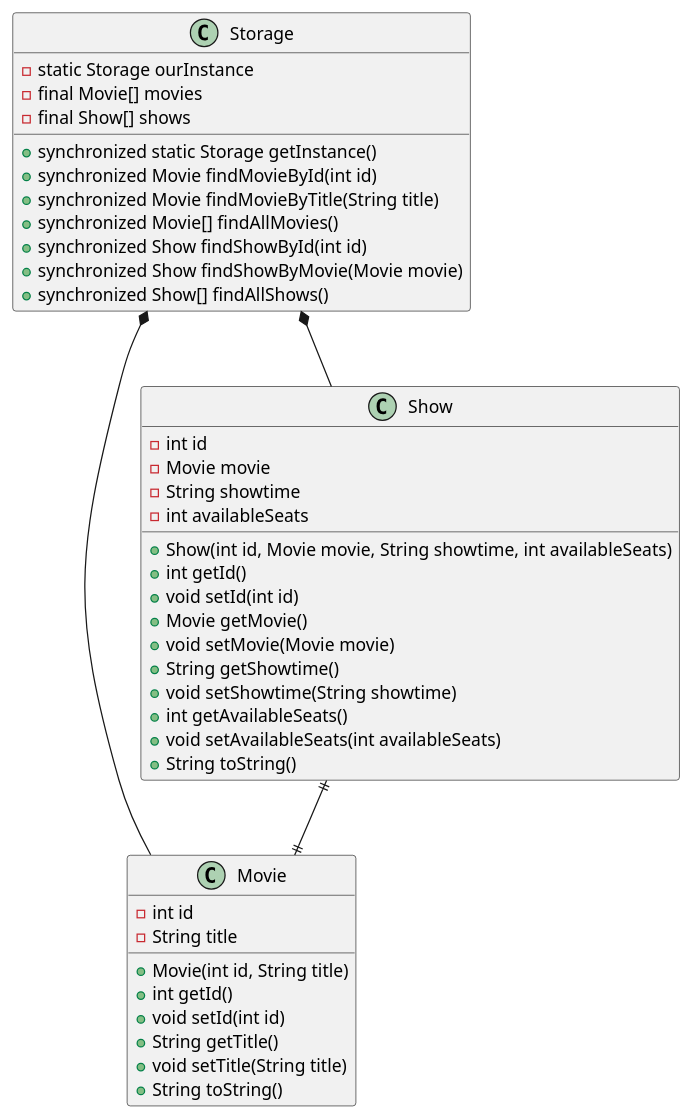
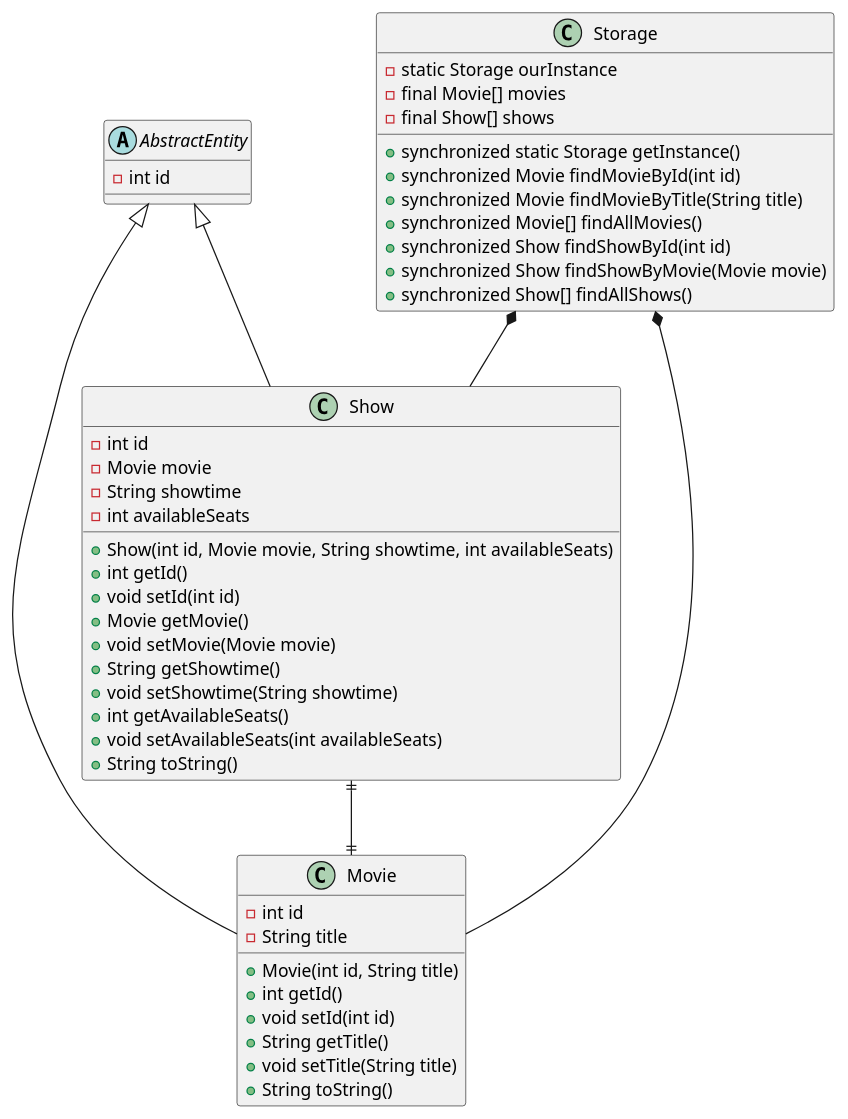
The diagram in src/Class.puml (pogozhevilya/cinema_proj), drawn with PlantUML before and after one commit. The commit also changed 5 other files, not shown here.

```diff
--- a/src/Class.puml
+++ b/src/Class.puml
@@ -1,44 +1,50 @@
 @startuml
+abstract class AbstractEntity {
+    - int id
+}
+
 class Storage {
     - static Storage ourInstance
     - final Movie[] movies
     - final Show[] shows
     + synchronized static Storage getInstance()
     + synchronized Movie findMovieById(int id)
     + synchronized Movie findMovieByTitle(String title)
     + synchronized Movie[] findAllMovies()
     + synchronized Show findShowById(int id)
     + synchronized Show findShowByMovie(Movie movie)
     + synchronized Show[] findAllShows()
 }
 class Movie {
     + Movie(int id, String title)
     - int id
     - String title
     + int getId()
     + void setId(int id)
     + String getTitle()
     + void setTitle(String title)
     + String toString()
 }
 class Show {
     + Show(int id, Movie movie, String showtime, int availableSeats)
     - int id
     - Movie movie
     - String showtime
     - int availableSeats
     + int getId()
     + void setId(int id)
     + Movie getMovie()
     + void setMovie(Movie movie)
     + String getShowtime()
     + void setShowtime(String showtime)
     + int getAvailableSeats()
     + void setAvailableSeats(int availableSeats)
     + String toString()
 }
 
 Show ||--|| Movie
 Storage *-- Movie
 Storage *-- Show
+AbstractEntity <|-- Show
+AbstractEntity <|-- Movie
 @enduml
```
